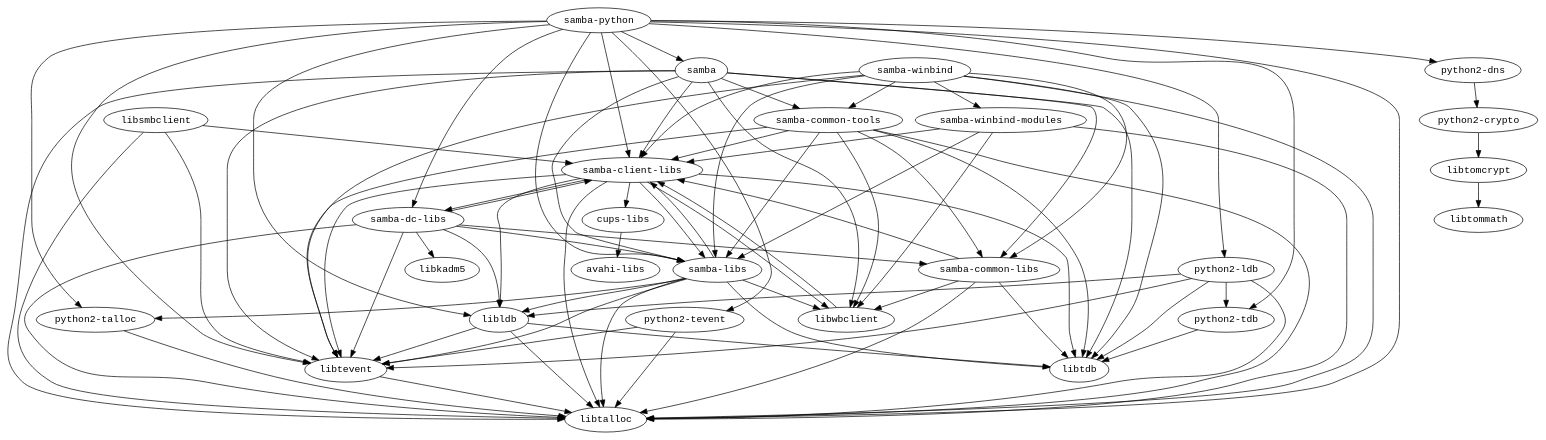
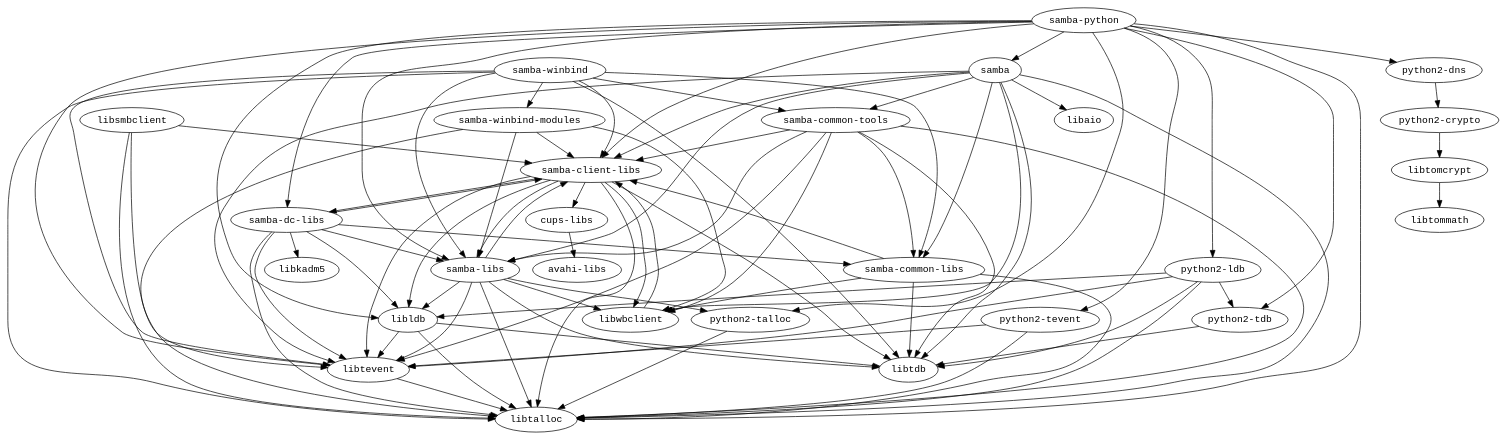
Before and after one commit to fedora-modularity/dependency-report: the diagram in modules/samba/ppc64le/graph.dot, drawn with Graphviz. The commit also changed 1721 other files, not shown here.

```diff
--- a/modules/samba/ppc64le/graph.dot
+++ b/modules/samba/ppc64le/graph.dot
@@ -1,89 +1,90 @@
 strict digraph G {
 node [fontname=monospace];
   "cups-libs" -> "avahi-libs";
   "libldb" -> "libtalloc";
   "libldb" -> "libtdb";
   "libldb" -> "libtevent";
   "libsmbclient" -> "libtalloc";
   "libsmbclient" -> "libtevent";
   "libsmbclient" -> "samba-client-libs";
   "libtevent" -> "libtalloc";
   "libtomcrypt" -> "libtommath";
   "libwbclient" -> "samba-client-libs";
   "python2-crypto" -> "libtomcrypt";
   "python2-dns" -> "python2-crypto";
   "python2-ldb" -> "libldb";
   "python2-ldb" -> "libtalloc";
   "python2-ldb" -> "libtdb";
   "python2-ldb" -> "libtevent";
   "python2-ldb" -> "python2-tdb";
   "python2-talloc" -> "libtalloc";
   "python2-tdb" -> "libtdb";
   "python2-tevent" -> "libtalloc";
   "python2-tevent" -> "libtevent";
   "samba-client-libs" -> "cups-libs";
   "samba-client-libs" -> "libldb";
   "samba-client-libs" -> "libtalloc";
   "samba-client-libs" -> "libtdb";
   "samba-client-libs" -> "libtevent";
   "samba-client-libs" -> "libwbclient";
   "samba-client-libs" -> "samba-dc-libs";
   "samba-client-libs" -> "samba-libs";
   "samba-common-libs" -> "libtalloc";
   "samba-common-libs" -> "libtdb";
   "samba-common-libs" -> "libwbclient";
   "samba-common-libs" -> "samba-client-libs";
   "samba-common-tools" -> "libtalloc";
   "samba-common-tools" -> "libtdb";
   "samba-common-tools" -> "libtevent";
   "samba-common-tools" -> "libwbclient";
   "samba-common-tools" -> "samba-client-libs";
   "samba-common-tools" -> "samba-common-libs";
   "samba-common-tools" -> "samba-libs";
   "samba-dc-libs" -> "libkadm5";
   "samba-dc-libs" -> "libldb";
   "samba-dc-libs" -> "libtalloc";
   "samba-dc-libs" -> "libtevent";
   "samba-dc-libs" -> "samba-client-libs";
   "samba-dc-libs" -> "samba-common-libs";
   "samba-dc-libs" -> "samba-libs";
+  "samba" -> "libaio";
   "samba-libs" -> "libldb";
   "samba-libs" -> "libtalloc";
   "samba-libs" -> "libtdb";
   "samba-libs" -> "libtevent";
   "samba-libs" -> "libwbclient";
   "samba-libs" -> "python2-talloc";
   "samba-libs" -> "samba-client-libs";
   "samba" -> "libtalloc";
   "samba" -> "libtdb";
   "samba" -> "libtevent";
   "samba" -> "libwbclient";
   "samba-python" -> "libldb";
   "samba-python" -> "libtalloc";
   "samba-python" -> "libtevent";
   "samba-python" -> "python2-dns";
   "samba-python" -> "python2-ldb";
   "samba-python" -> "python2-talloc";
   "samba-python" -> "python2-tdb";
   "samba-python" -> "python2-tevent";
   "samba-python" -> "samba";
   "samba-python" -> "samba-client-libs";
   "samba-python" -> "samba-dc-libs";
   "samba-python" -> "samba-libs";
   "samba" -> "samba-client-libs";
   "samba" -> "samba-common-libs";
   "samba" -> "samba-common-tools";
   "samba" -> "samba-libs";
   "samba-winbind" -> "libtalloc";
   "samba-winbind" -> "libtdb";
   "samba-winbind" -> "libtevent";
   "samba-winbind-modules" -> "libtalloc";
   "samba-winbind-modules" -> "libwbclient";
   "samba-winbind-modules" -> "samba-client-libs";
   "samba-winbind-modules" -> "samba-libs";
   "samba-winbind" -> "samba-client-libs";
   "samba-winbind" -> "samba-common-libs";
   "samba-winbind" -> "samba-common-tools";
   "samba-winbind" -> "samba-libs";
   "samba-winbind" -> "samba-winbind-modules";
 }
```
